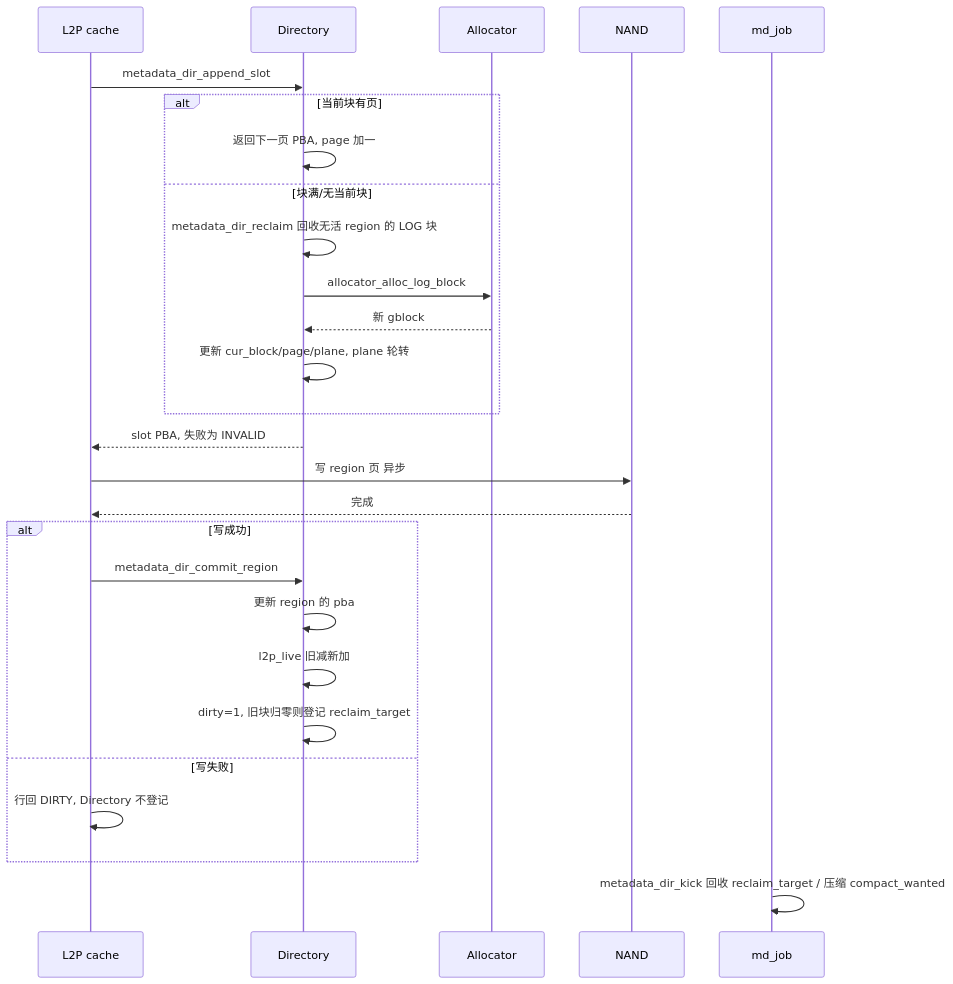
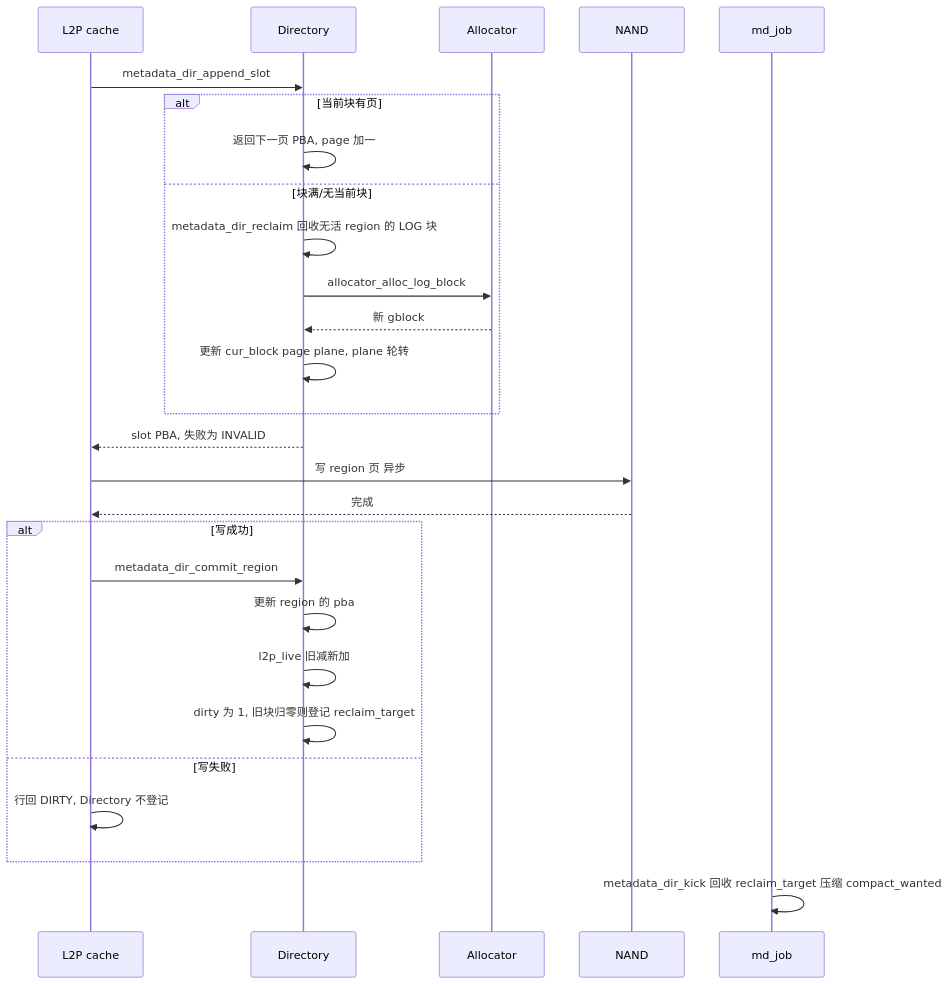
Before and after one commit to YzYMIAO/BASESSD: the seventh of 28 diagrams in docs/design/ftl_design.md, drawn with Mermaid. The commit also changed other lines of this file, not shown here.

First line of the commit message:
docs(ftl): 将 stateDiagram 全部改为 flowchart 并收敛标签字符集

````diff
--- a/docs/design/ftl_design.md
+++ b/docs/design/ftl_design.md
@@ -1241,30 +1248,30 @@
 ```mermaid
 sequenceDiagram
     participant C as L2P cache
     participant D as Directory
     participant A as Allocator
     participant N as NAND
     participant J as md_job
 
     C->>D: metadata_dir_append_slot
     alt 当前块有页
         D->>D: 返回下一页 PBA, page 加一
     else 块满/无当前块
         D->>D: metadata_dir_reclaim 回收无活 region 的 LOG 块
         D->>A: allocator_alloc_log_block
         A-->>D: 新 gblock
-        D->>D: 更新 cur_block/page/plane, plane 轮转
+        D->>D: 更新 cur_block page plane, plane 轮转
     end
     D-->>C: slot PBA, 失败为 INVALID
     C->>N: 写 region 页 异步
     N-->>C: 完成
     alt 写成功
         C->>D: metadata_dir_commit_region
         D->>D: 更新 region 的 pba
         D->>D: l2p_live 旧减新加
-        D->>D: dirty=1, 旧块归零则登记 reclaim_target
+        D->>D: dirty 为 1, 旧块归零则登记 reclaim_target
     else 写失败
         C->>C: 行回 DIRTY, Directory 不登记
     end
-    J->>J: metadata_dir_kick 回收 reclaim_target / 压缩 compact_wanted
+    J->>J: metadata_dir_kick 回收 reclaim_target 压缩 compact_wanted
 ```
````
